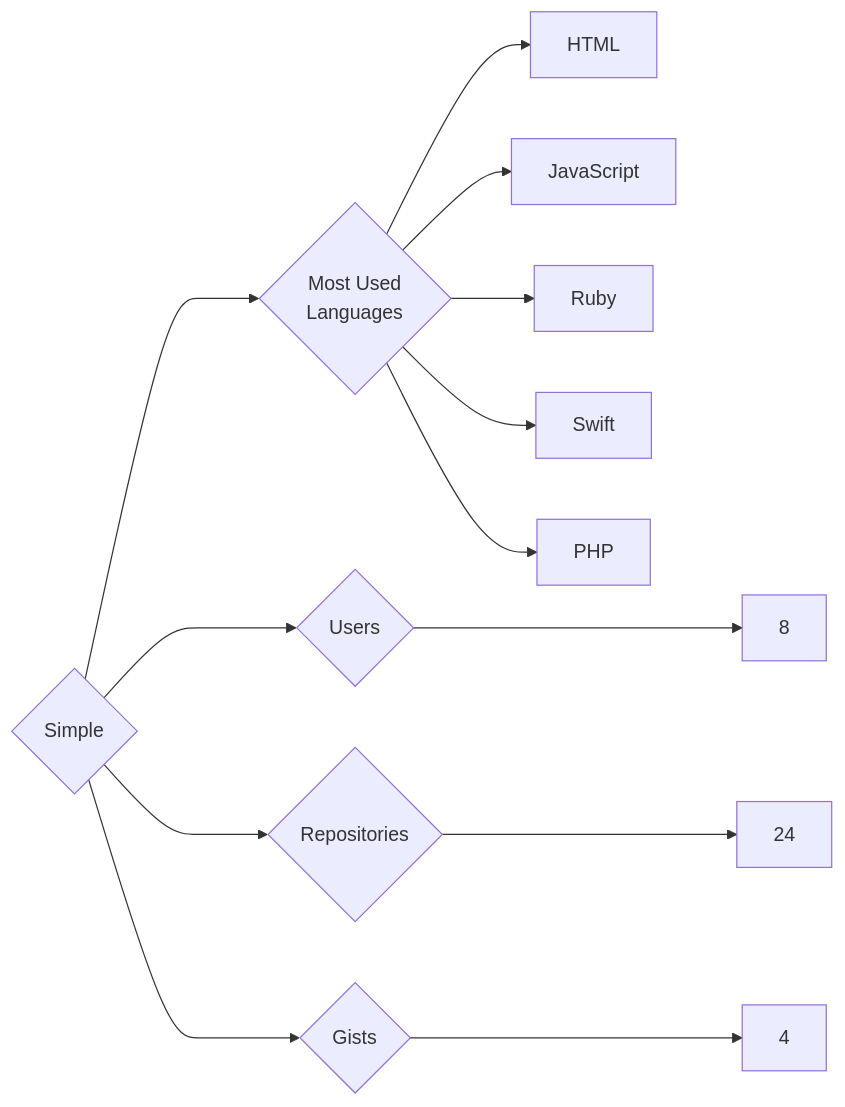
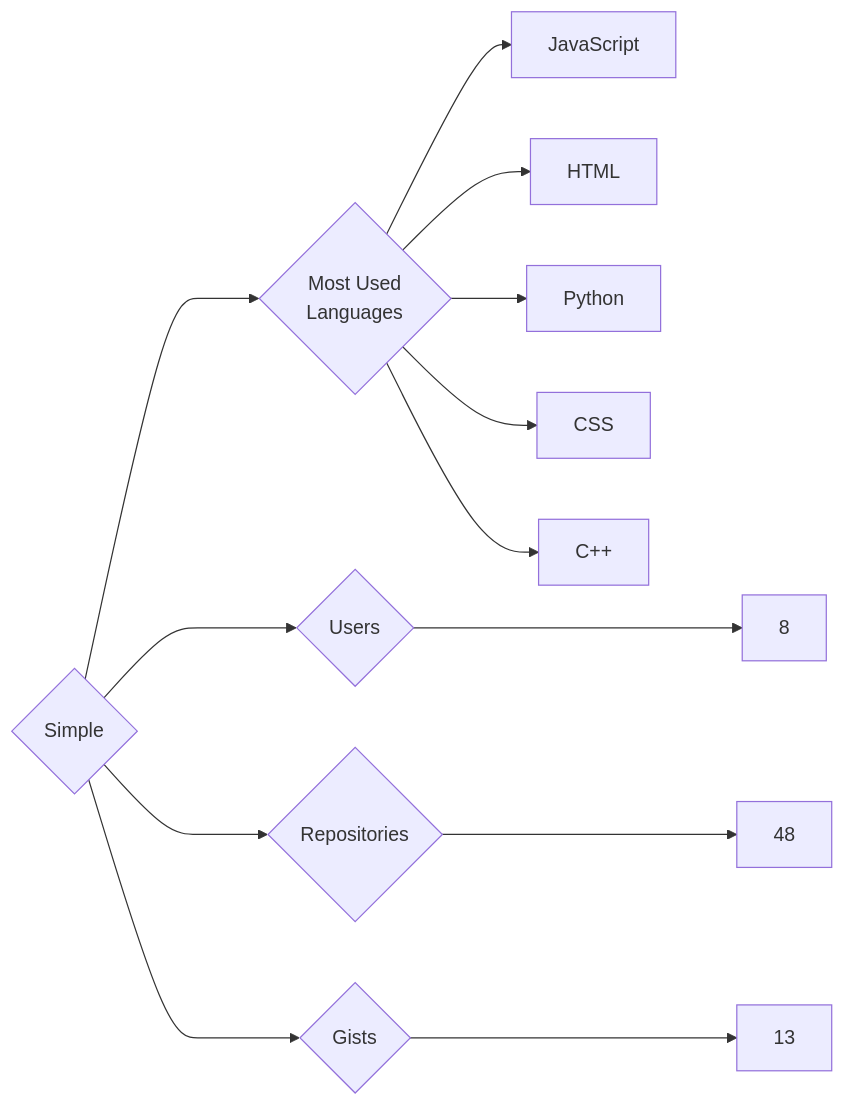
One commit to trickest/insiders changed the diagram in targets/Simple/README.md. Above: the diagram before and after it, drawn with Mermaid. The commit also changed 1508 other files, not shown here.

````diff
--- a/targets/Simple/README.md
+++ b/targets/Simple/README.md
@@ -3,13 +3,13 @@
 ```mermaid
 graph LR
 COMPANY_NAME{Simple}
 COMPANY_NAME ---> U{Users} ---> UN[8]
-COMPANY_NAME ---> R{Repositories} ---> RN[24]
-COMPANY_NAME ---> G{Gists} ---> GN[4]
+COMPANY_NAME ---> R{Repositories} ---> RN[48]
+COMPANY_NAME ---> G{Gists} ---> GN[13]
 COMPANY_NAME ---> ML{Most Used<br>Languages}
+ML --> JavaScript[JavaScript]
 ML --> HTML[HTML]
-ML --> JavaScript[JavaScript]
-ML --> Ruby[Ruby]
-ML --> Swift[Swift]
-ML --> PHP[PHP]
+ML --> Python[Python]
+ML --> CSS[CSS]
+ML --> C++[C++]
 ```
````
